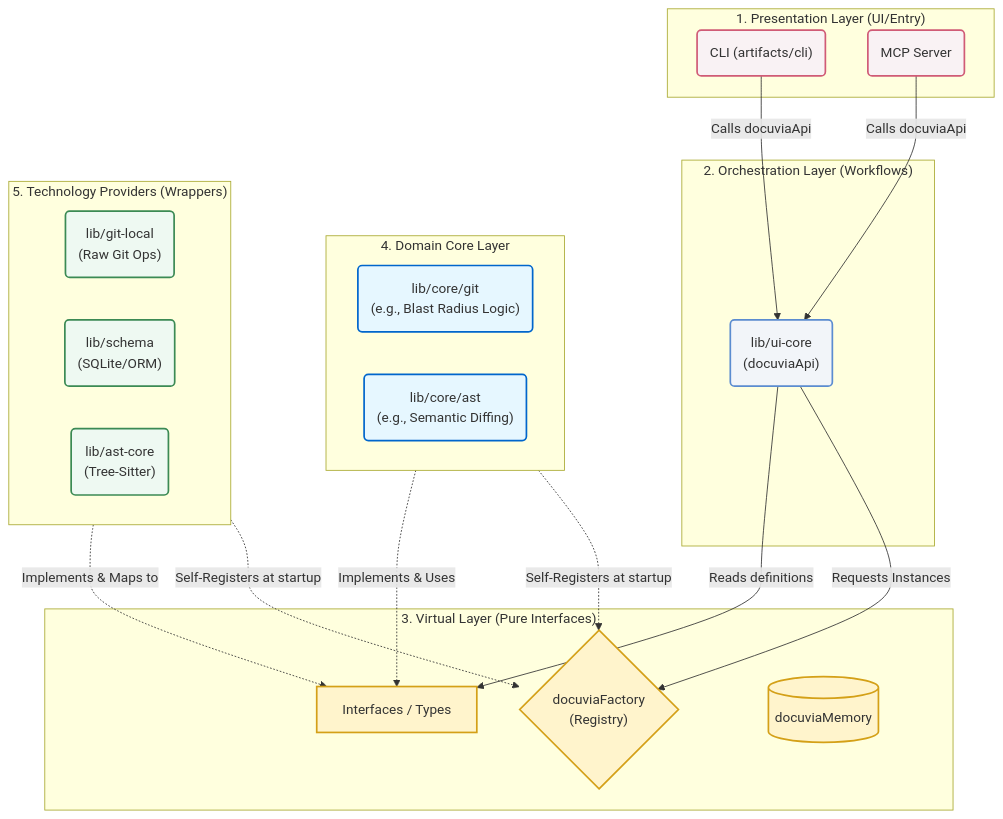
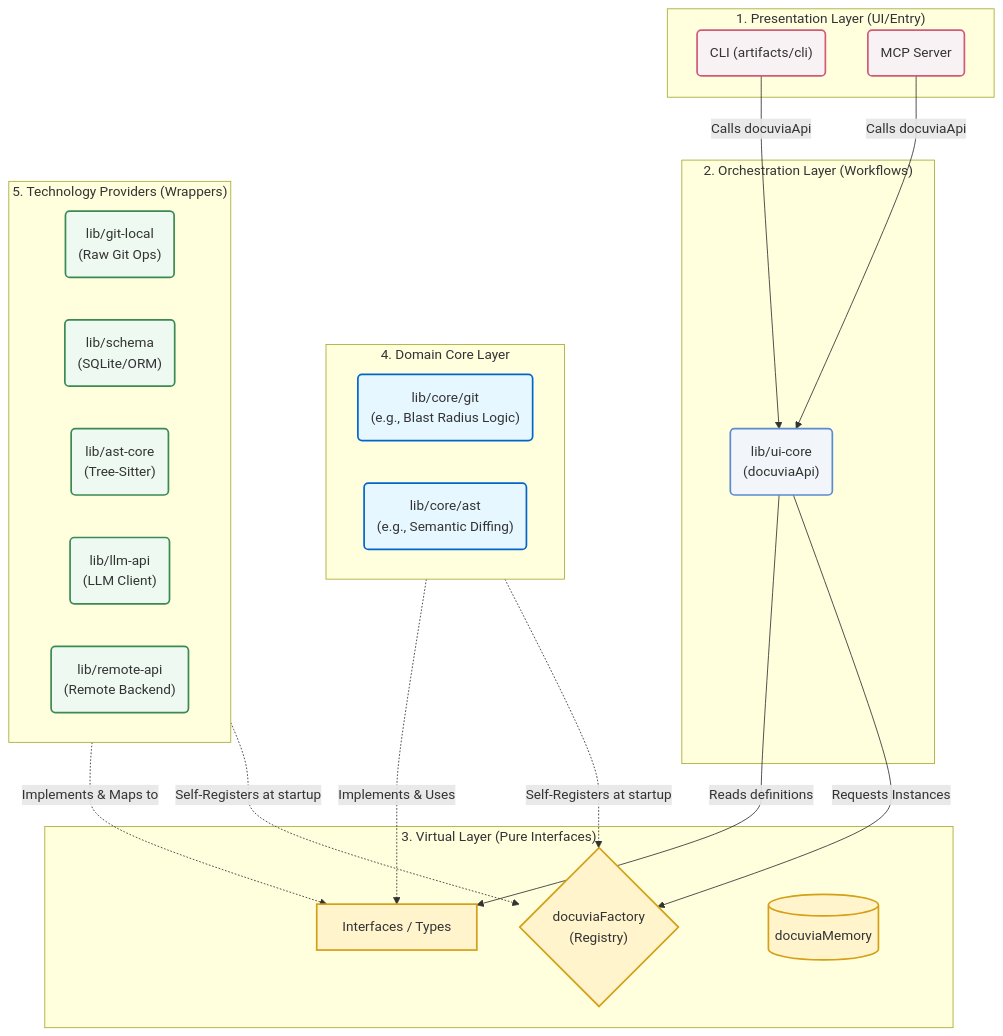
Before and after one commit to dyphn1/Docuvia: the diagram in docs/gitbook/architecture/virtual-contracts-architecture.md, drawn with Mermaid. The commit also changed other lines of this file and 7 other files, not shown here.

First line of the commit message:
docs: fix architecture doc inconsistencies with actual implementation

````diff
--- a/docs/gitbook/architecture/virtual-contracts-architecture.md
+++ b/docs/gitbook/architecture/virtual-contracts-architecture.md
@@ -14,55 +14,57 @@
 ```mermaid
 flowchart TD
     %% Define Layers
     subgraph Presentation ["1. Presentation Layer (UI/Entry)"]
         CLI("CLI (artifacts/cli)")
         MCP("MCP Server")
     end
 
     subgraph Orchestration ["2. Orchestration Layer (Workflows)"]
         UICORE("lib/ui-core<br/>(docuviaApi)")
     end
 
     subgraph Contracts ["3. Virtual Layer (Pure Interfaces)"]
         FACTORY{"docuviaFactory<br/>(Registry)"}
         INTERFACES["Interfaces / Types"]
         MEMORY[("docuviaMemory")]
     end
 
     subgraph Domain ["4. Domain Core Layer"]
         CORE_GIT("lib/core/git<br/>(e.g., Blast Radius Logic)")
         CORE_AST("lib/core/ast<br/>(e.g., Semantic Diffing)")
     end
 
     subgraph Tech ["5. Technology Providers (Wrappers)"]
         GIT_LOCAL("lib/git-local<br/>(Raw Git Ops)")
         SCHEMA("lib/schema<br/>(SQLite/ORM)")
         ASTCORE("lib/ast-core<br/>(Tree-Sitter)")
+        LLM_API("lib/llm-api<br/>(LLM Client)")
+        REMOTE_API("lib/remote-api<br/>(Remote Backend)")
     end
 
     %% Wiring
     CLI -->|Calls docuviaApi| UICORE
     MCP -->|Calls docuviaApi| UICORE
 
     UICORE -->|Reads definitions| INTERFACES
     UICORE -->|Requests Instances| FACTORY
 
     Domain -.->|Implements & Uses| INTERFACES
     Tech -.->|Implements & Maps to| INTERFACES
 
     Domain -.->|Self-Registers at startup| FACTORY
     Tech -.->|Self-Registers at startup| FACTORY
 
     %% Styling
     classDef presentation fill:#f9f2f4,stroke:#d05b76,stroke-width:2px;
     classDef orch fill:#f2f5f9,stroke:#5b8cd0,stroke-width:2px;
     classDef contract fill:#fff4cc,stroke:#d4a017,stroke-width:2px;
     classDef domain fill:#e6f7ff,stroke:#0066cc,stroke-width:2px;
     classDef tech fill:#eef9f2,stroke:#3b8a54,stroke-width:2px;
 
     class CLI,MCP presentation;
     class UICORE orch;
     class FACTORY,INTERFACES,MEMORY contract;
     class CORE_GIT,CORE_AST domain;
-    class GIT_LOCAL,SCHEMA,ASTCORE tech;
+    class GIT_LOCAL,SCHEMA,ASTCORE,LLM_API,REMOTE_API tech;
 ```
````
